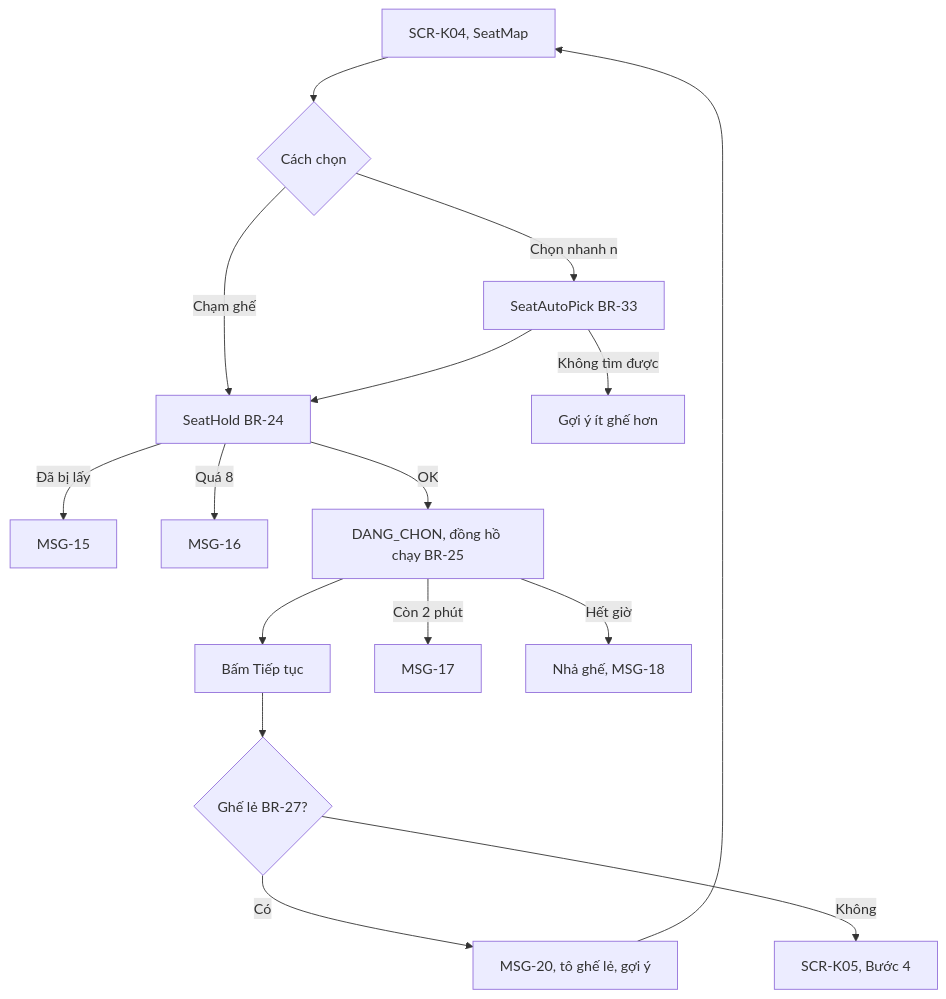
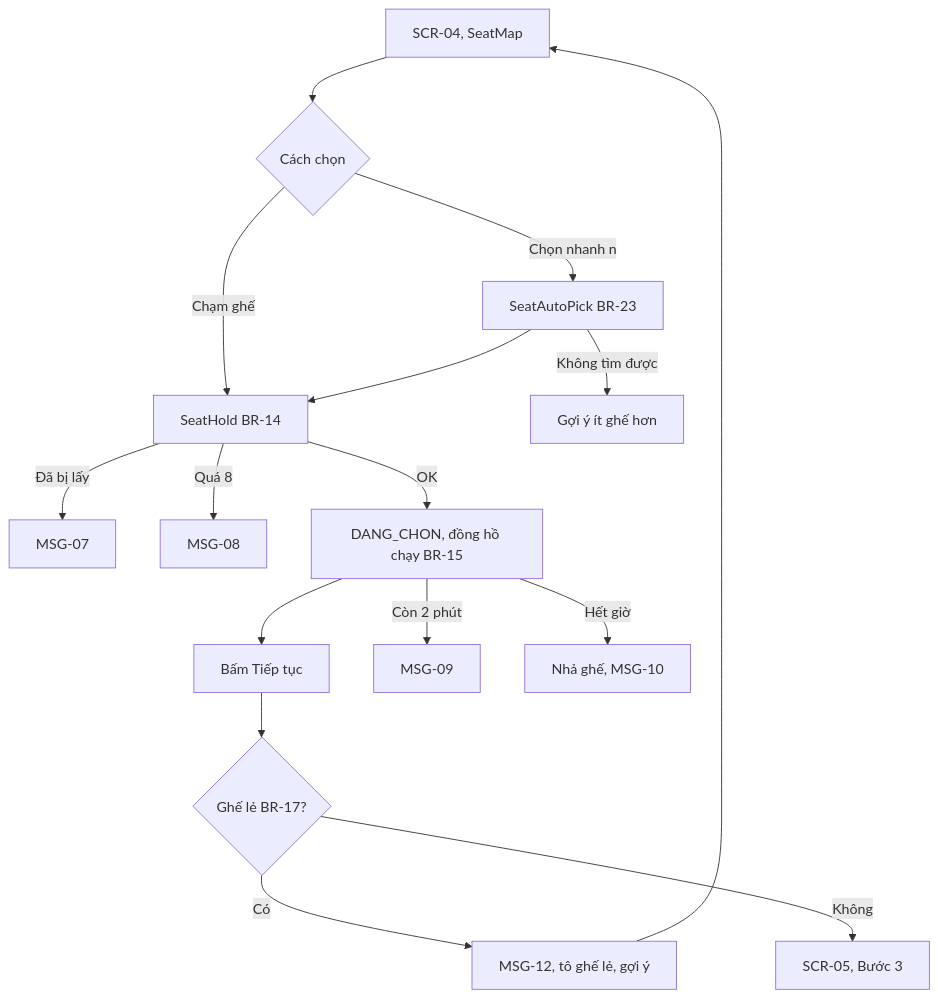
Before and after one commit to uxfoundation-vn/de08-dat-ve-xem-phim: the eighth of 15 diagrams in docs/SRS.md, drawn with Mermaid. The commit also changed other lines of this file and 2 other files, not shown here.

````diff
--- a/docs/SRS.md
+++ b/docs/SRS.md
@@ -471,17 +318,17 @@
 ```mermaid
 flowchart TD
-  A["SCR-K04, SeatMap"] --> B{"Cách chọn"}
-  B -->|Chạm ghế| C["SeatHold BR-24"]
-  B -->|Chọn nhanh n| D["SeatAutoPick BR-33"]
+  A["SCR-04, SeatMap"] --> B{"Cách chọn"}
+  B -->|Chạm ghế| C["SeatHold BR-14"]
+  B -->|Chọn nhanh n| D["SeatAutoPick BR-23"]
   D -->|Không tìm được| D1["Gợi ý ít ghế hơn"]
   D --> C
-  C -->|Đã bị lấy| C1["MSG-15"]
-  C -->|Quá 8| C2["MSG-16"]
-  C -->|OK| E["DANG_CHON, đồng hồ chạy BR-25"]
+  C -->|Đã bị lấy| C1["MSG-07"]
+  C -->|Quá 8| C2["MSG-08"]
+  C -->|OK| E["DANG_CHON, đồng hồ chạy BR-15"]
   E --> F["Bấm Tiếp tục"]
-  F --> G{"Ghế lẻ BR-27?"}
-  G -->|Có| G1["MSG-20, tô ghế lẻ, gợi ý"] --> A
-  G -->|Không| H["SCR-K05, Bước 4"]
-  E -->|Còn 2 phút| E1["MSG-17"]
-  E -->|Hết giờ| E2["Nhả ghế, MSG-18"]
+  F --> G{"Ghế lẻ BR-17?"}
+  G -->|Có| G1["MSG-12, tô ghế lẻ, gợi ý"] --> A
+  G -->|Không| H["SCR-05, Bước 3"]
+  E -->|Còn 2 phút| E1["MSG-09"]
+  E -->|Hết giờ| E2["Nhả ghế, MSG-10"]
 ```
````
